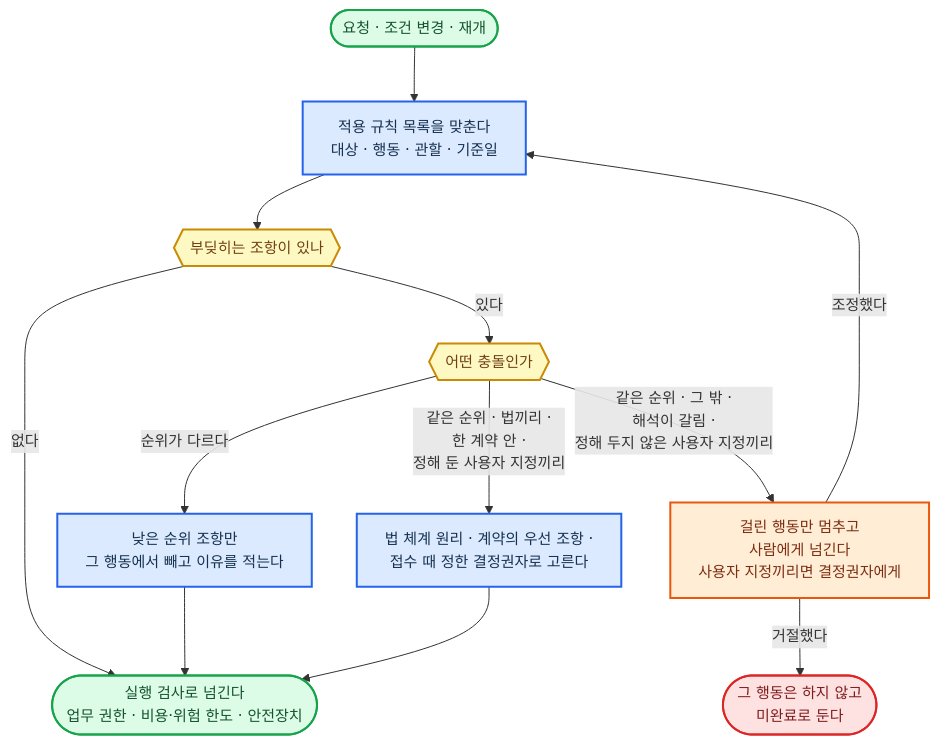
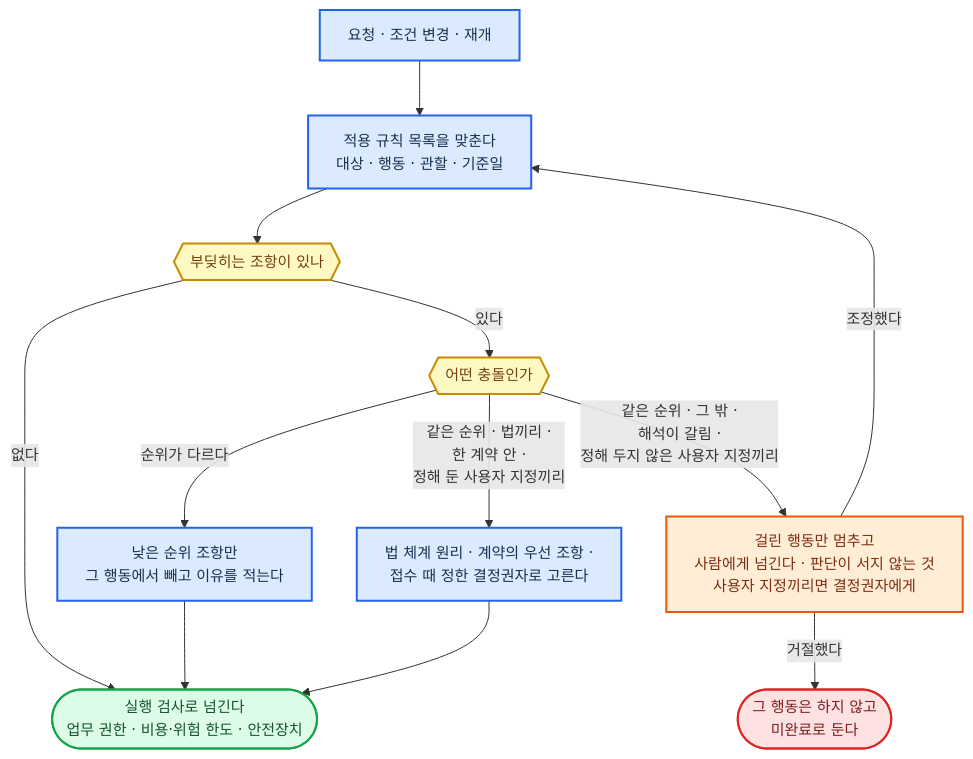
The tenth of 26 diagrams in 전문가 에이전트 정의 2.md (harisbaguette/expert), drawn with Mermaid before and after one commit. The commit also changed other lines of this file and 7 other files, not shown here.

````diff
--- a/전문가 에이전트 정의 2.md
+++ b/전문가 에이전트 정의 2.md
@@ -1136,17 +1272,17 @@
 ```mermaid
 %%{init: {"flowchart": {"wrappingWidth": 640, "curve": "basis", "nodeSpacing": 45, "rankSpacing": 55, "padding": 14, "useMaxWidth": true}, "themeVariables": {"fontSize": "15px"}} }%%
 flowchart TB
-    S(["요청 · 조건 변경 · 재개"]):::good --> L["적용 규칙 목록을 맞춘다<br/>대상 · 행동 · 관할 · 기준일"]:::main --> C{{"부딪히는 조항이 있나"}}:::note
+    S["요청 · 조건 변경 · 재개"]:::main --> L["적용 규칙 목록을 맞춘다<br/>대상 · 행동 · 관할 · 기준일"]:::main --> C{{"부딪히는 조항이 있나"}}:::note
     C -- "없다" --> OK(["실행 검사로 넘긴다<br/>업무 권한 · 비용·위험 한도 · 안전장치"]):::good
     C -- "있다" --> R{{"어떤 충돌인가"}}:::note
     R -- "순위가 다르다" --> D["낮은 순위 조항만<br/>그 행동에서 빼고 이유를 적는다"]:::main --> OK
     R -- "같은 순위 · 법끼리 ·<br/>한 계약 안 ·<br/>정해 둔 사용자 지정끼리" --> W["법 체계 원리 · 계약의 우선 조항 ·<br/>접수 때 정한 결정권자로 고른다"]:::main --> OK
-    R -- "같은 순위 · 그 밖 ·<br/>해석이 갈림 ·<br/>정해 두지 않은 사용자 지정끼리" --> H["걸린 행동만 멈추고<br/>사람에게 넘긴다<br/>사용자 지정끼리면 결정권자에게"]:::back
+    R -- "같은 순위 · 그 밖 ·<br/>해석이 갈림 ·<br/>정해 두지 않은 사용자 지정끼리" --> H["걸린 행동만 멈추고<br/>사람에게 넘긴다 · 판단이 서지 않는 것<br/>사용자 지정끼리면 결정권자에게"]:::back
     H -- "조정했다" --> L
     H -- "거절했다" --> N(["그 행동은 하지 않고<br/>미완료로 둔다"]):::stop
     classDef main fill:#dbeafe,stroke:#2563eb,stroke-width:2px,color:#17314f
     classDef stop fill:#fee2e2,stroke:#dc2626,stroke-width:2px,color:#7f1d1d
     classDef back fill:#ffedd5,stroke:#ea580c,stroke-width:2px,color:#7c2d12
     classDef good fill:#dcfce7,stroke:#16a34a,stroke-width:2px,color:#14532d
     classDef note fill:#fef9c3,stroke:#ca8a04,stroke-width:2px,color:#713f12
 ```
````
